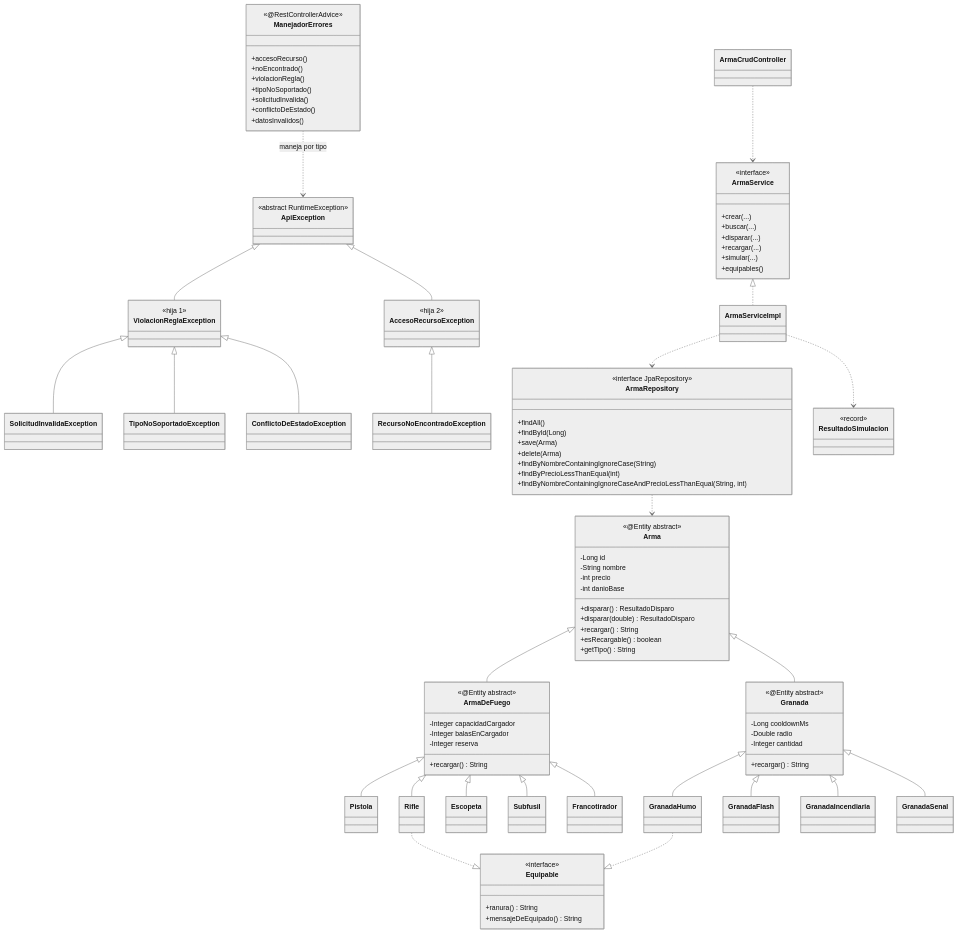
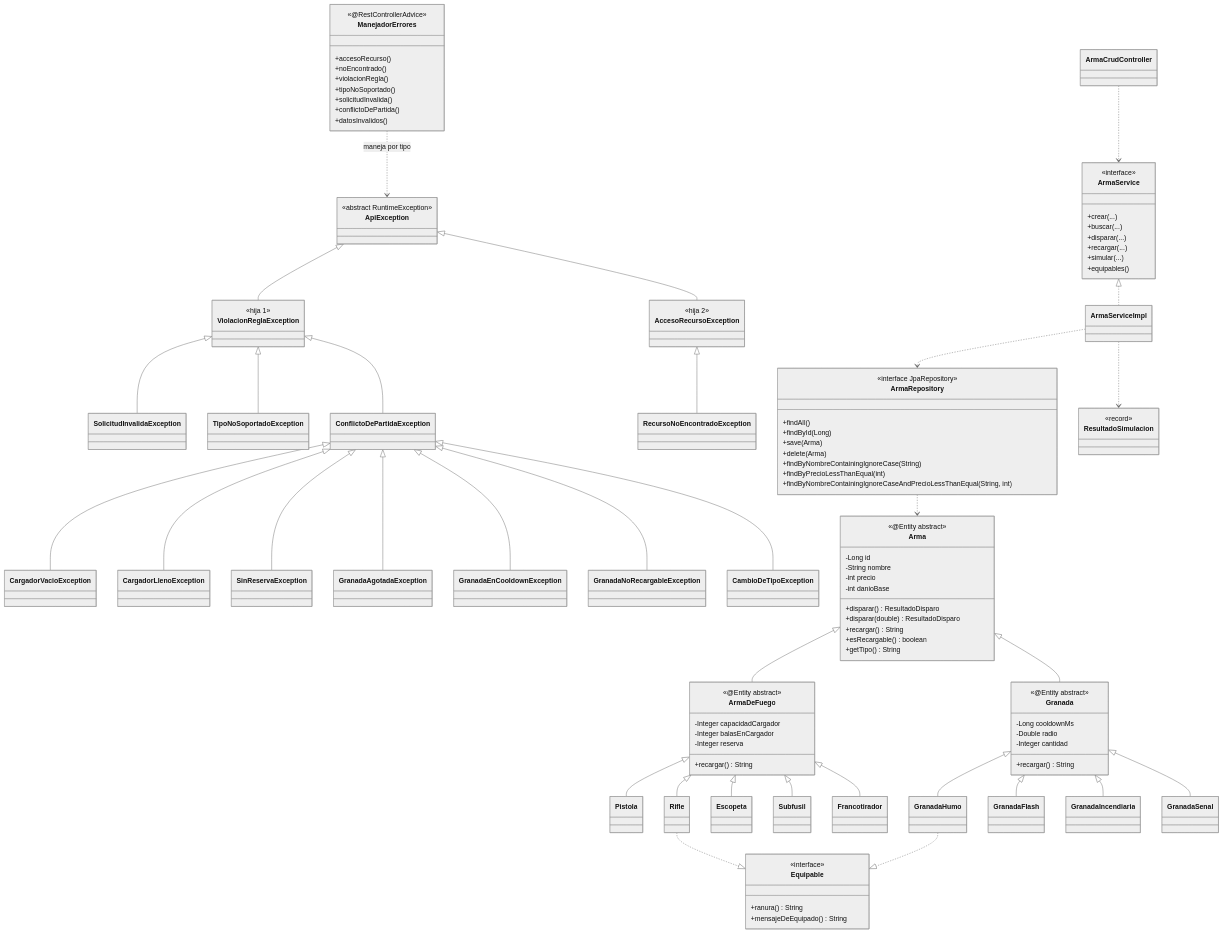
One commit to luckvani-gif/vricciardi-tallerlp3-2026 changed the diagram in README.md. Above: the diagram before and after it, drawn with Mermaid (neutral theme). The commit also changed other lines of this file and 2 other files, not shown here.

Commit message:
docs: alinea enlaces, tipo JSON y excepciones con la entrega

```diff
--- a/README.md
+++ b/README.md
@@ -226,7 +247,14 @@
     }
     class SolicitudInvalidaException
     class TipoNoSoportadoException
-    class ConflictoDeEstadoException
+    class ConflictoDePartidaException
+    class CargadorVacioException
+    class CargadorLlenoException
+    class SinReservaException
+    class GranadaAgotadaException
+    class GranadaEnCooldownException
+    class GranadaNoRecargableException
+    class CambioDeTipoException
     class RecursoNoEncontradoException
     class ManejadorErrores {
         <<@RestControllerAdvice>>
@@ -235,7 +263,7 @@
         +violacionRegla()
         +tipoNoSoportado()
         +solicitudInvalida()
-        +conflictoDeEstado()
+        +conflictoDePartida()
         +datosInvalidos()
     }
 
@@ -310,7 +338,14 @@
     ApiException <|-- AccesoRecursoException
     ViolacionReglaException <|-- SolicitudInvalidaException
     ViolacionReglaException <|-- TipoNoSoportadoException
-    ViolacionReglaException <|-- ConflictoDeEstadoException
+    ViolacionReglaException <|-- ConflictoDePartidaException
+    ConflictoDePartidaException <|-- CargadorVacioException
+    ConflictoDePartidaException <|-- CargadorLlenoException
+    ConflictoDePartidaException <|-- SinReservaException
+    ConflictoDePartidaException <|-- GranadaAgotadaException
+    ConflictoDePartidaException <|-- GranadaEnCooldownException
+    ConflictoDePartidaException <|-- GranadaNoRecargableException
+    ConflictoDePartidaException <|-- CambioDeTipoException
     AccesoRecursoException <|-- RecursoNoEncontradoException
     ManejadorErrores ..> ApiException : maneja por tipo
 
```
